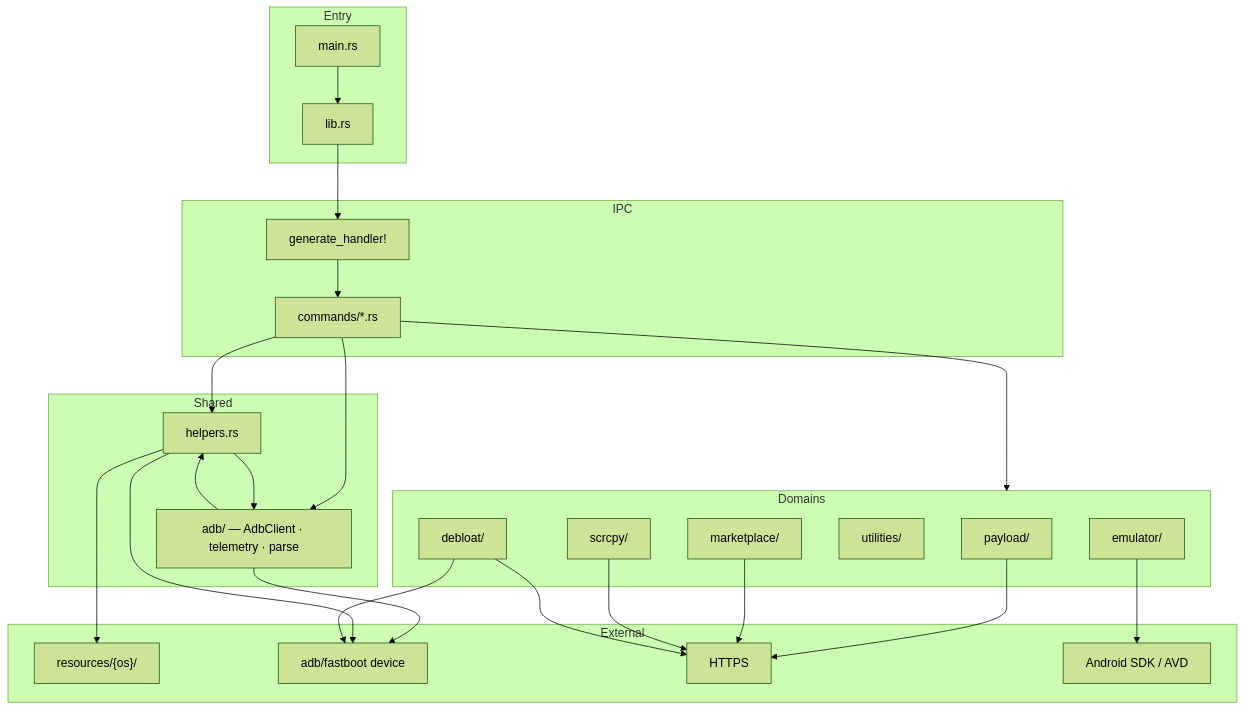
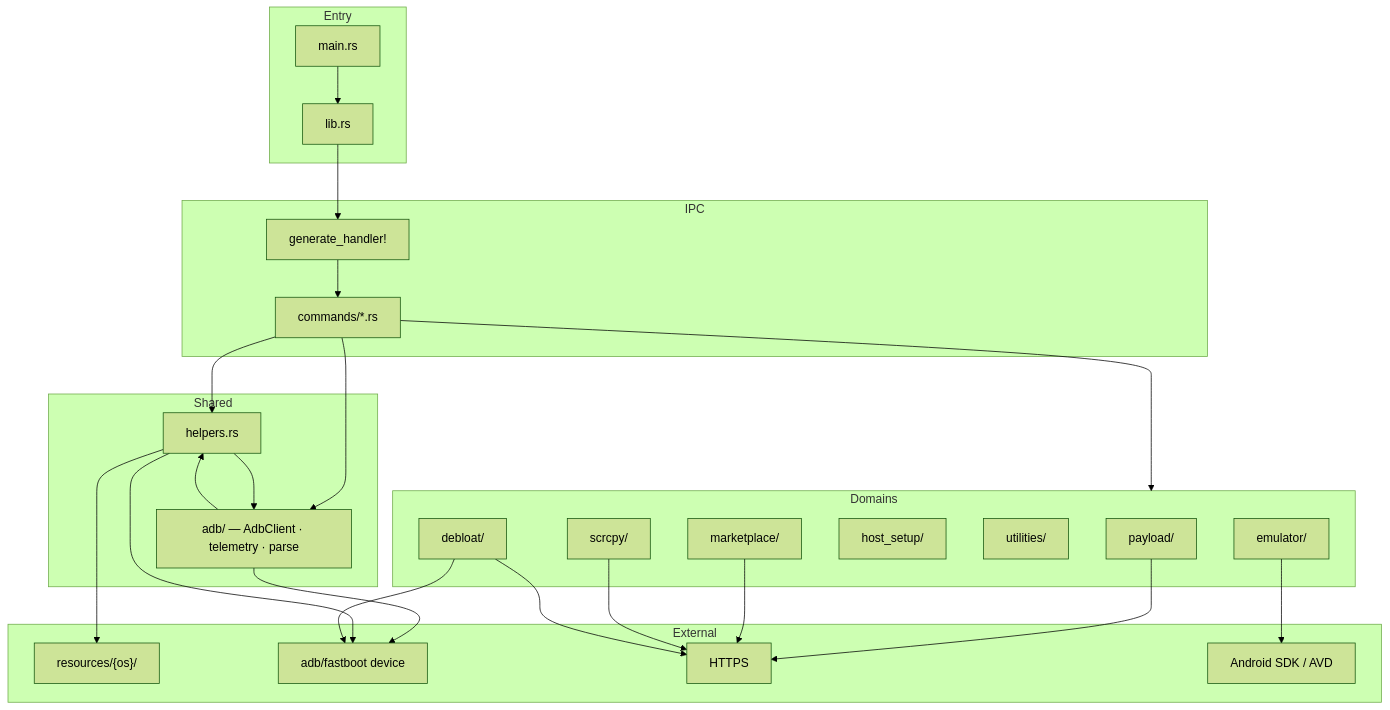
One commit to mohdakil2426/adb-gui-next changed the fifth of 8 diagrams in docs/architecture.md. Above: the diagram before and after it, drawn with Mermaid (forest theme). The commit also changed other lines of this file and 10 other files, not shown here.

First line of the commit message:
docs: record Windows host setup contracts and memory bank

````diff
--- a/docs/architecture.md
+++ b/docs/architecture.md
@@ -490,51 +491,52 @@
 ```mermaid
 flowchart TB
   subgraph entry["Entry"]
     main["main.rs"]
     lib["lib.rs"]
     main --> lib
   end
 
   subgraph ipc["IPC"]
     handler["generate_handler!"]
     cmds["commands/*.rs"]
     handler --> cmds
   end
 
   subgraph shared["Shared"]
     helpers["helpers.rs"]
     adbmod["adb/ — AdbClient · telemetry · parse"]
   end
 
   subgraph domains["Domains"]
     payload["payload/"]
     market["marketplace/"]
     scrcpy["scrcpy/"]
+    hostsetup["host_setup/"]
     utilities["utilities/"]
     emu["emulator/"]
     deb["debloat/"]
   end
 
   subgraph ext["External"]
     res["resources/{os}/"]
     device["adb/fastboot device"]
     net["HTTPS"]
     sdk["Android SDK / AVD"]
   end
 
   lib --> handler
   cmds --> helpers
   cmds --> adbmod
   cmds --> domains
   helpers --> adbmod
   adbmod --> helpers
   helpers --> res
   adbmod --> device
   helpers --> device
   payload --> net
   market --> net
   scrcpy --> net
   emu --> sdk
   deb --> device
   deb --> net
 ```
````
